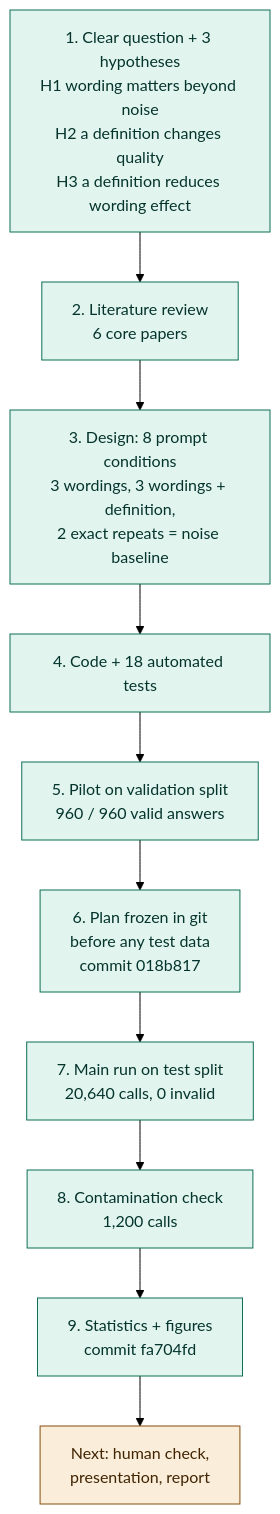
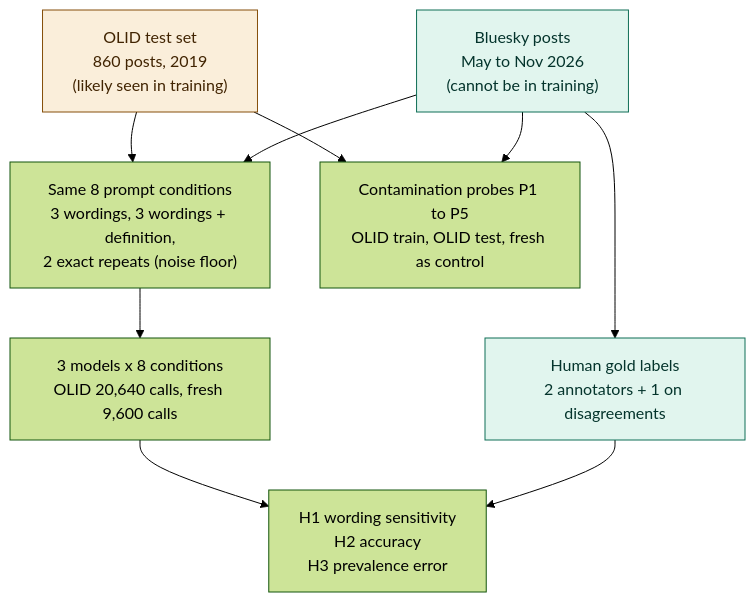
One commit to raywincruz07-collab/llm-promptshift changed the diagram in PROJECT_MAP.md. Above: the diagram before and after it, drawn with Mermaid (forest theme). The commit also changed other lines of this file, not shown here.

````diff
--- a/PROJECT_MAP.md
+++ b/PROJECT_MAP.md
@@ -30,18 +24,16 @@
 ```mermaid
 flowchart TD
-    Q["1. Clear question + 3 hypotheses<br/>H1 wording matters beyond noise<br/>H2 a definition changes quality<br/>H3 a definition reduces wording effect"]
-    Q --> L["2. Literature review<br/>6 core papers"]
-    L --> DS["3. Design: 8 prompt conditions<br/>3 wordings, 3 wordings + definition,<br/>2 exact repeats = noise baseline"]
-    DS --> CODE["4. Code + 18 automated tests"]
-    CODE --> P["5. Pilot on validation split<br/>960 / 960 valid answers"]
-    P --> FR["6. Plan frozen in git<br/>before any test data<br/>commit 018b817"]
-    FR --> RUN["7. Main run on test split<br/>20,640 calls, 0 invalid"]
-    RUN --> PR["8. Contamination check<br/>1,200 calls"]
-    PR --> AN["9. Statistics + figures<br/>commit fa704fd"]
-    AN --> NEXT["Next: human check,<br/>presentation, report"]
+    A["OLID test set<br/>860 posts, 2019<br/>(likely seen in training)"] --> P["Same 8 prompt conditions<br/>3 wordings, 3 wordings + definition,<br/>2 exact repeats (noise floor)"]
+    B["Bluesky posts<br/>May to Nov 2026<br/>(cannot be in training)"] --> P
+    P --> M["3 models x 8 conditions<br/>OLID 20,640 calls, fresh 9,600 calls"]
+    M --> H["H1 wording sensitivity<br/>H2 accuracy<br/>H3 prevalence error"]
+    B --> L["Human gold labels<br/>2 annotators + 1 on disagreements"]
+    L --> H
+    A --> C["Contamination probes P1 to P5<br/>OLID train, OLID test, fresh as control"]
+    B --> C
 
-    classDef done fill:#E1F5EE,stroke:#0F6E56,color:#04342C
-    classDef todo fill:#FAEEDA,stroke:#854F0B,color:#412402
-    class Q,L,DS,CODE,P,FR,RUN,PR,AN done
-    class NEXT todo
+    classDef seen fill:#FAEEDA,stroke:#854F0B,color:#412402
+    classDef fresh fill:#E1F5EE,stroke:#0F6E56,color:#04342C
+    class A seen
+    class B,L fresh
 ```
````
